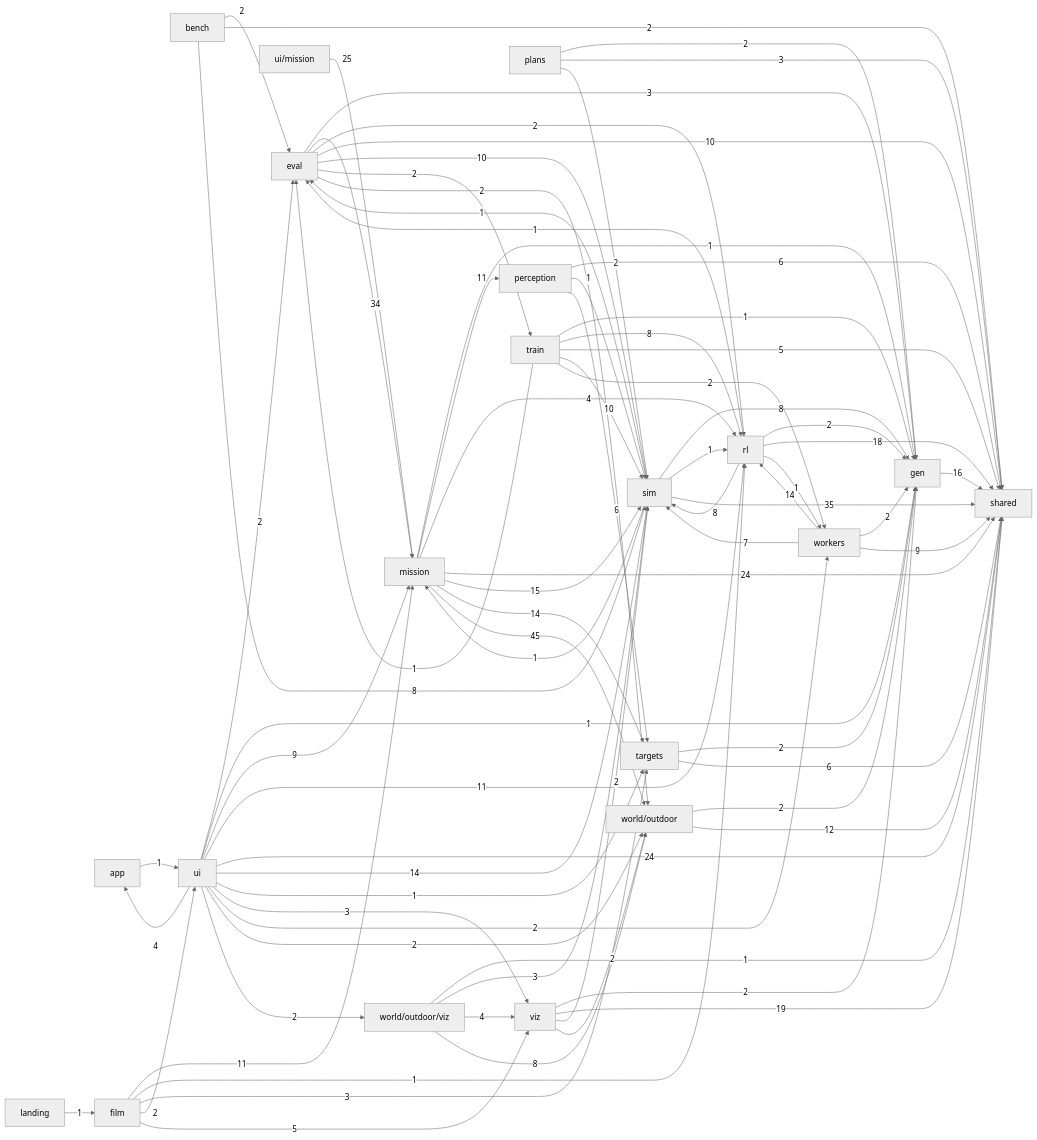
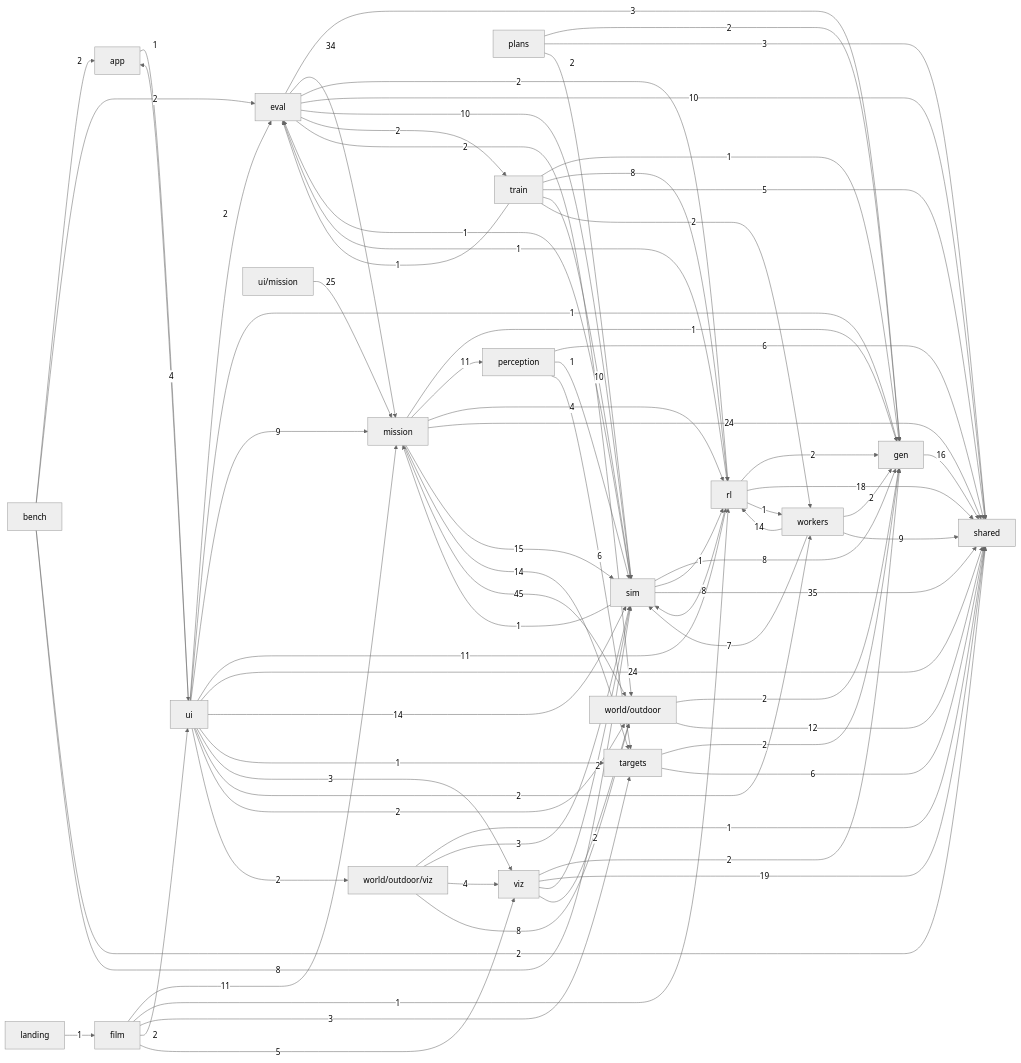
The second of 2 diagrams in docs/ARCHITECTURE.md (alexnieves-cs/frontier-fly), drawn with Mermaid (neutral theme) before and after one commit. The commit also changed other lines of this file and 16 other files, not shown here.

```diff
--- a/docs/ARCHITECTURE.md
+++ b/docs/ARCHITECTURE.md
@@ -97,6 +97,7 @@
   world_outdoor["world/outdoor"]
   world_outdoor_viz["world/outdoor/viz"]
   app -->|1| ui
+  bench -->|2| app
   bench -->|2| eval
   bench -->|2| shared
   bench -->|8| sim
```
